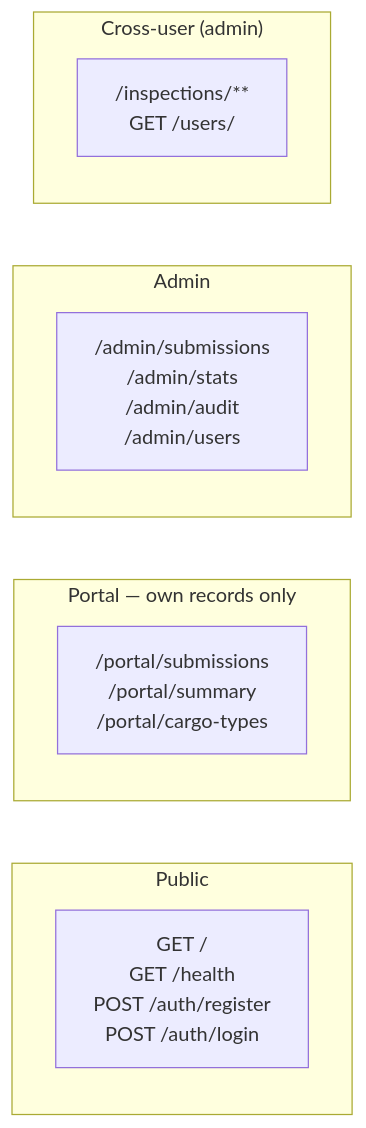
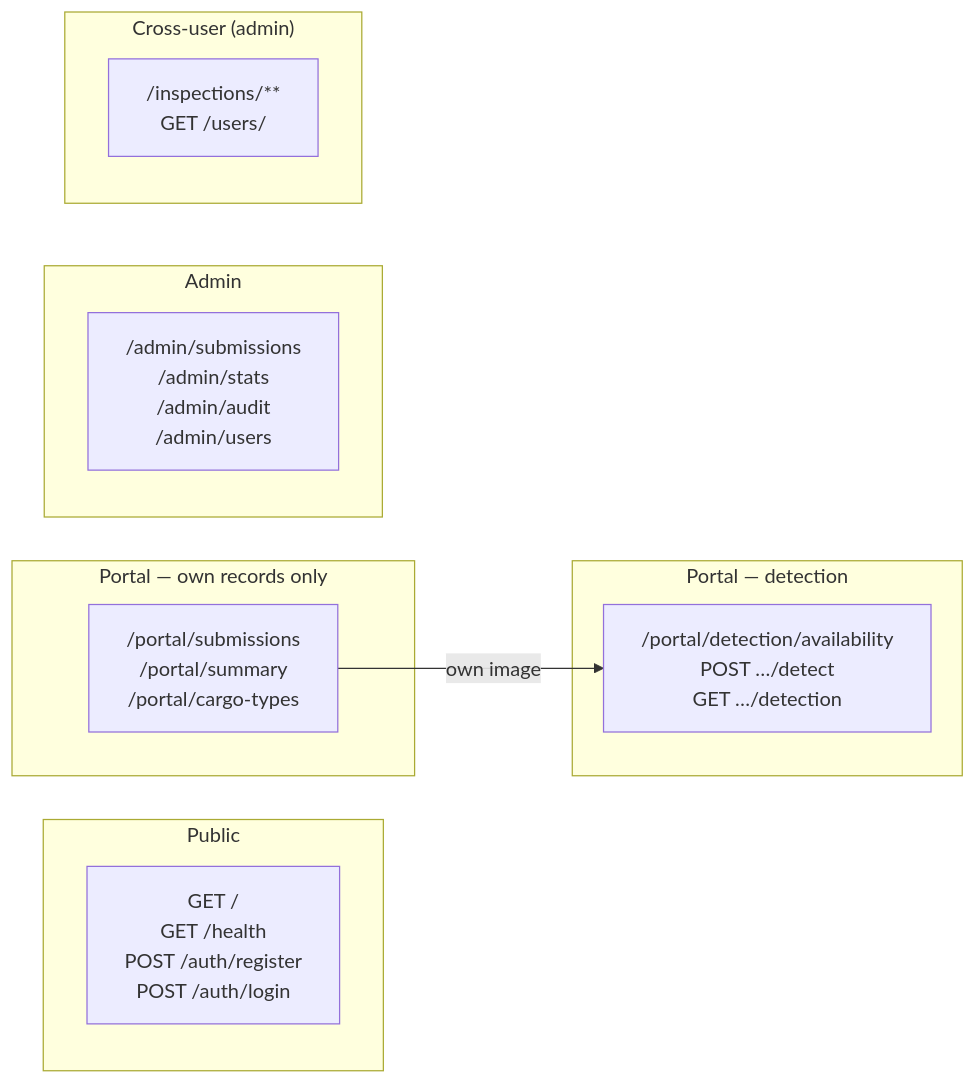
Before and after one commit to abhijeetBhale/FastAPI: the fourth of 8 diagrams in awesome-project/Flow.md, drawn with Mermaid. The commit also changed other lines of this file and 16 other files, not shown here.

````diff
--- a/awesome-project/Flow.md
+++ b/awesome-project/Flow.md
@@ -435,15 +472,19 @@
 ```mermaid
 flowchart LR
     subgraph public["Public"]
         R1["GET /<br/>GET /health<br/>POST /auth/register<br/>POST /auth/login"]
     end
     subgraph portal["Portal — own records only"]
         P1["/portal/submissions<br/>/portal/summary<br/>/portal/cargo-types"]
     end
+    subgraph detect["Portal — detection"]
+        D1["/portal/detection/availability<br/>POST …/detect<br/>GET …/detection"]
+    end
     subgraph adminA["Admin"]
         A1["/admin/submissions<br/>/admin/stats<br/>/admin/audit<br/>/admin/users"]
     end
     subgraph adminB["Cross-user (admin)"]
         A2["/inspections/**<br/>GET /users/"]
     end
+    P1 -->|own image| D1
 ```
````
